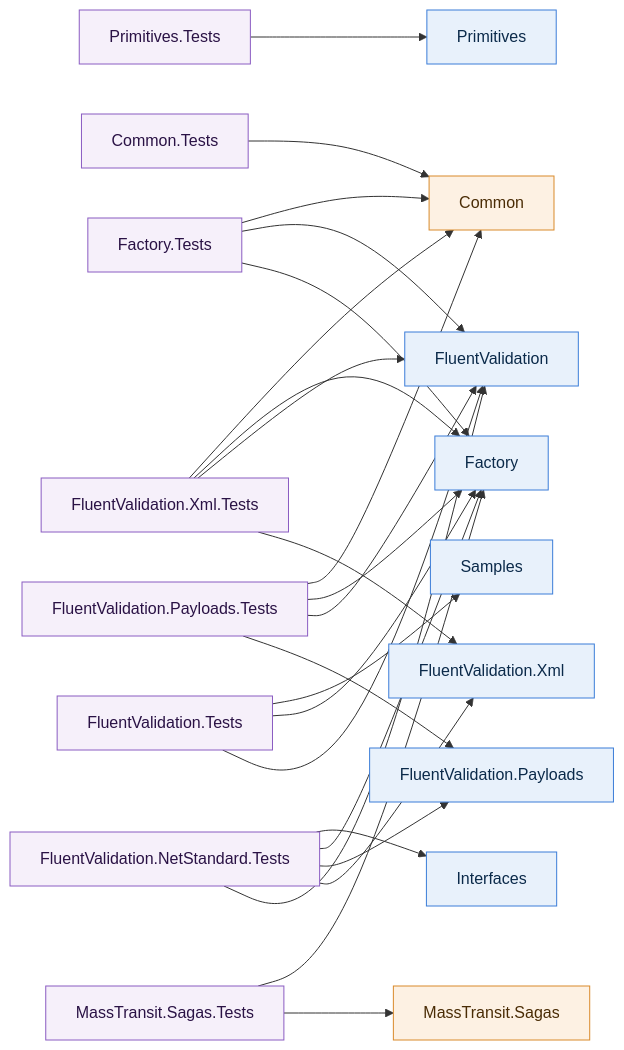
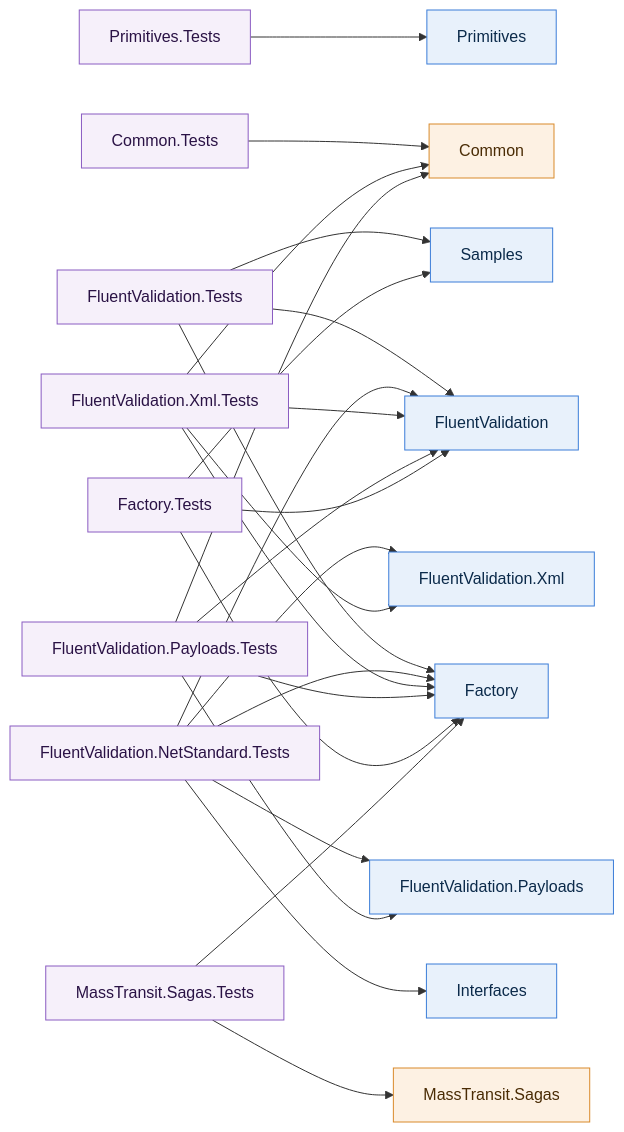
Before and after one commit to Beneficial-Strategies/Iso20022Library: the third of 3 diagrams in doc/Package-Dependencies.md, drawn with Mermaid. The commit also changed other lines of this file and 75 other files, not shown here.

````diff
--- a/doc/Package-Dependencies.md
+++ b/doc/Package-Dependencies.md
@@ -90,30 +90,30 @@
 ```mermaid
 flowchart LR
     classDef t fill:#f6f0fa,stroke:#8a5cc2,color:#2a1245
     classDef pkg fill:#e8f1fb,stroke:#3b7dd8,color:#0b2a4a
     classDef net fill:#fdf1e3,stroke:#d98a2b,color:#4a2c05
 
     PT[Primitives.Tests]:::t --> P[Primitives]:::pkg
     CT[Common.Tests]:::t --> C[Common]:::net
     VT[FluentValidation.Tests]:::t --> V[FluentValidation]:::pkg
     VT --> F[Factory]:::pkg
     VT --> S[Samples]:::pkg
     NST[FluentValidation.NetStandard.Tests]:::t --> V
     NST --> X[FluentValidation.Xml]:::pkg
     NST --> PL[FluentValidation.Payloads]:::pkg
     NST --> F
     NST --> I[Interfaces]:::pkg
     XT[FluentValidation.Xml.Tests]:::t --> X
     XT --> V
     XT --> F
     XT --> C
     PLT[FluentValidation.Payloads.Tests]:::t --> PL
     PLT --> V
     PLT --> F
     PLT --> C
     FT[Factory.Tests]:::t --> F
     FT --> V
-    FT --> C
+    FT --> S
     MT[MassTransit.Sagas.Tests]:::t --> M[MassTransit.Sagas]:::net
     MT --> F
 ```
````
